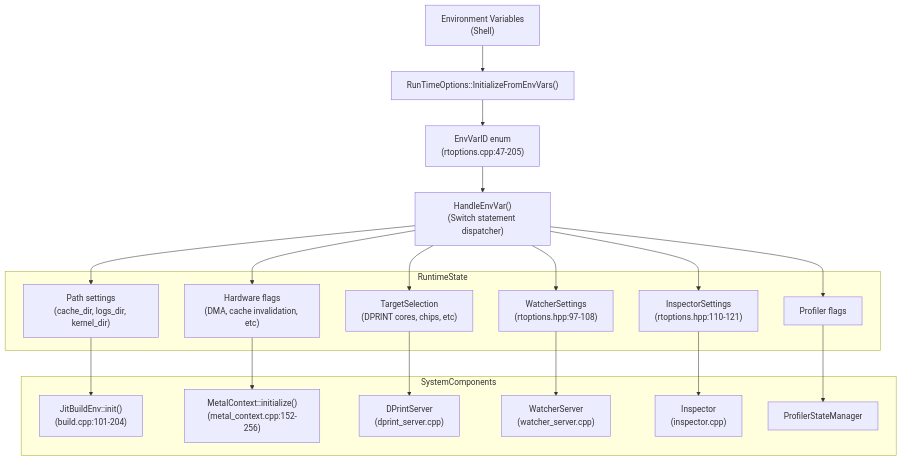
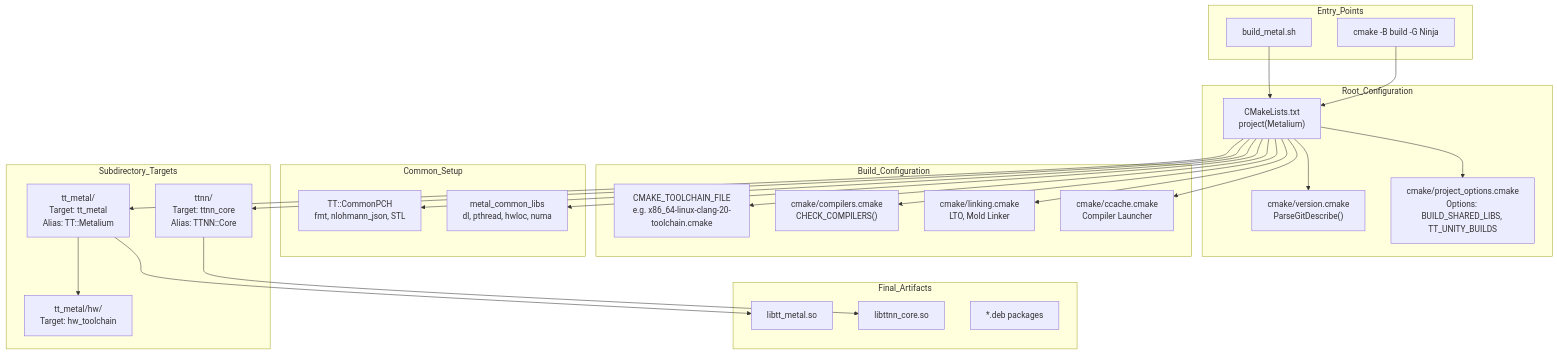
Before and after one commit to HuangJunjie-PhD/TT-Metal-Analysis: the third of 3 diagrams in docs/tt-metal/1.3-installation-and-setup.md, drawn with Mermaid. The commit also changed other lines of this file and 331 other files, not shown here.

First line of the commit message:
Precise diagram placement: 0 orphan diagrams remaining

````diff
--- a/docs/tt-metal/1.3-installation-and-setup.md
+++ b/docs/tt-metal/1.3-installation-and-setup.md
@@ -775,43 +269,53 @@
 ```mermaid
 graph TB
-    EnvVars["Environment Variables<br/>(Shell)"]
-    InitFromEnv["RunTimeOptions::InitializeFromEnvVars()"]
-    EnvVarID["EnvVarID enum<br/>(rtoptions.cpp:47-205)"]
-    HandleEnvVar["HandleEnvVar()<br/>(Switch statement dispatcher)"]
-    
-    subgraph "RuntimeState"
-        WatcherSettings["WatcherSettings<br/>(rtoptions.hpp:97-108)"]
-        InspectorSettings["InspectorSettings<br/>(rtoptions.hpp:110-121)"]
-        TargetSelection["TargetSelection<br/>(DPRINT cores, chips, etc)"]
-        ProfilerFlags["Profiler flags"]
-        PathSettings["Path settings<br/>(cache_dir, logs_dir, kernel_dir)"]
-        HardwareFlags["Hardware flags<br/>(DMA, cache invalidation, etc)"]
+    subgraph "Entry_Points"
+        UserScript["build_metal.sh"]
+        DirectCMake["cmake -B build -G Ninja"]
     end
-    
-    subgraph "SystemComponents"
-        JitBuild["JitBuildEnv::init()<br/>(build.cpp:101-204)"]
-        MetalContext["MetalContext::initialize()<br/>(metal_context.cpp:152-256)"]
-        DPrintServer["DPrintServer<br/>(dprint_server.cpp)"]
-        WatcherServer["WatcherServer<br/>(watcher_server.cpp)"]
-        Inspector["Inspector<br/>(inspector.cpp)"]
-        Profiler["ProfilerStateManager"]
+
+    subgraph "Root_Configuration"
+        RootCMake["CMakeLists.txt<br/>project(Metalium)"]
+        Version["cmake/version.cmake<br/>ParseGitDescribe()"]
+        ProjectOpts["cmake/project_options.cmake<br/>Options: BUILD_SHARED_LIBS, TT_UNITY_BUILDS"]
     end
-    
-    EnvVars --> InitFromEnv
-    InitFromEnv --> EnvVarID
-    EnvVarID --> HandleEnvVar
-    
-    HandleEnvVar --> WatcherSettings
-    HandleEnvVar --> InspectorSettings
-    HandleEnvVar --> TargetSelection
-    HandleEnvVar --> ProfilerFlags
-    HandleEnvVar --> PathSettings
-    HandleEnvVar --> HardwareFlags
-    
-    WatcherSettings --> WatcherServer
-    InspectorSettings --> Inspector
-    TargetSelection --> DPrintServer
-    ProfilerFlags --> Profiler
-    PathSettings --> JitBuild
-    HardwareFlags --> MetalContext
+
+    subgraph "Build_Configuration"
+        Toolchain["CMAKE_TOOLCHAIN_FILE<br/>e.g. x86_64-linux-clang-20-toolchain.cmake"]
+        Compilers["cmake/compilers.cmake<br/>CHECK_COMPILERS()"]
+        Linking["cmake/linking.cmake<br/>LTO, Mold Linker"]
+        Ccache["cmake/ccache.cmake<br/>Compiler Launcher"]
+    end
+
+    subgraph "Common_Setup"
+        CommonPCH["TT::CommonPCH<br/>fmt, nlohmann_json, STL"]
+        CommonLibs["metal_common_libs<br/>dl, pthread, hwloc, numa"]
+    end
+
+    subgraph "Subdirectory_Targets"
+        TTMetal["tt_metal/<br/>Target: tt_metal<br/>Alias: TT::Metalium"]
+        TTNN["ttnn/<br/>Target: ttnn_core<br/>Alias: TTNN::Core"]
+        HWToolchain["tt_metal/hw/<br/>Target: hw_toolchain"]
+    end
+
+    subgraph "Final_Artifacts"
+        LibTTMetal["libtt_metal.so"]
+        LibTTNN["libttnn_core.so"]
+        DebPackages["*.deb packages"]
+    end
+
+    UserScript --> RootCMake
+    DirectCMake --> RootCMake
+    RootCMake --> Version
+    RootCMake --> ProjectOpts
+    RootCMake --> Toolchain
+    RootCMake --> Compilers
+    RootCMake --> Linking
+    RootCMake --> Ccache
+    RootCMake --> CommonPCH
+    RootCMake --> CommonLibs
+    RootCMake --> TTMetal
+    RootCMake --> TTNN
+    TTMetal --> HWToolchain
+    TTMetal --> LibTTMetal
+    TTNN --> LibTTNN
 ```
````
